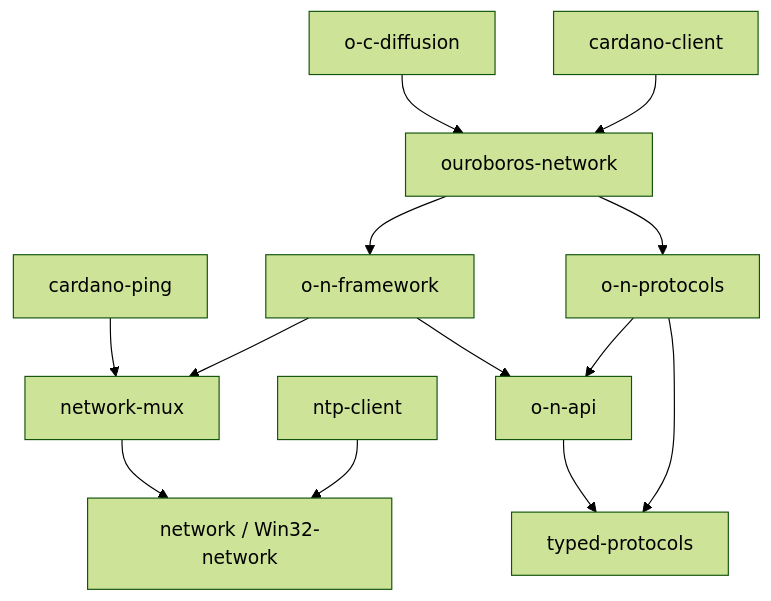
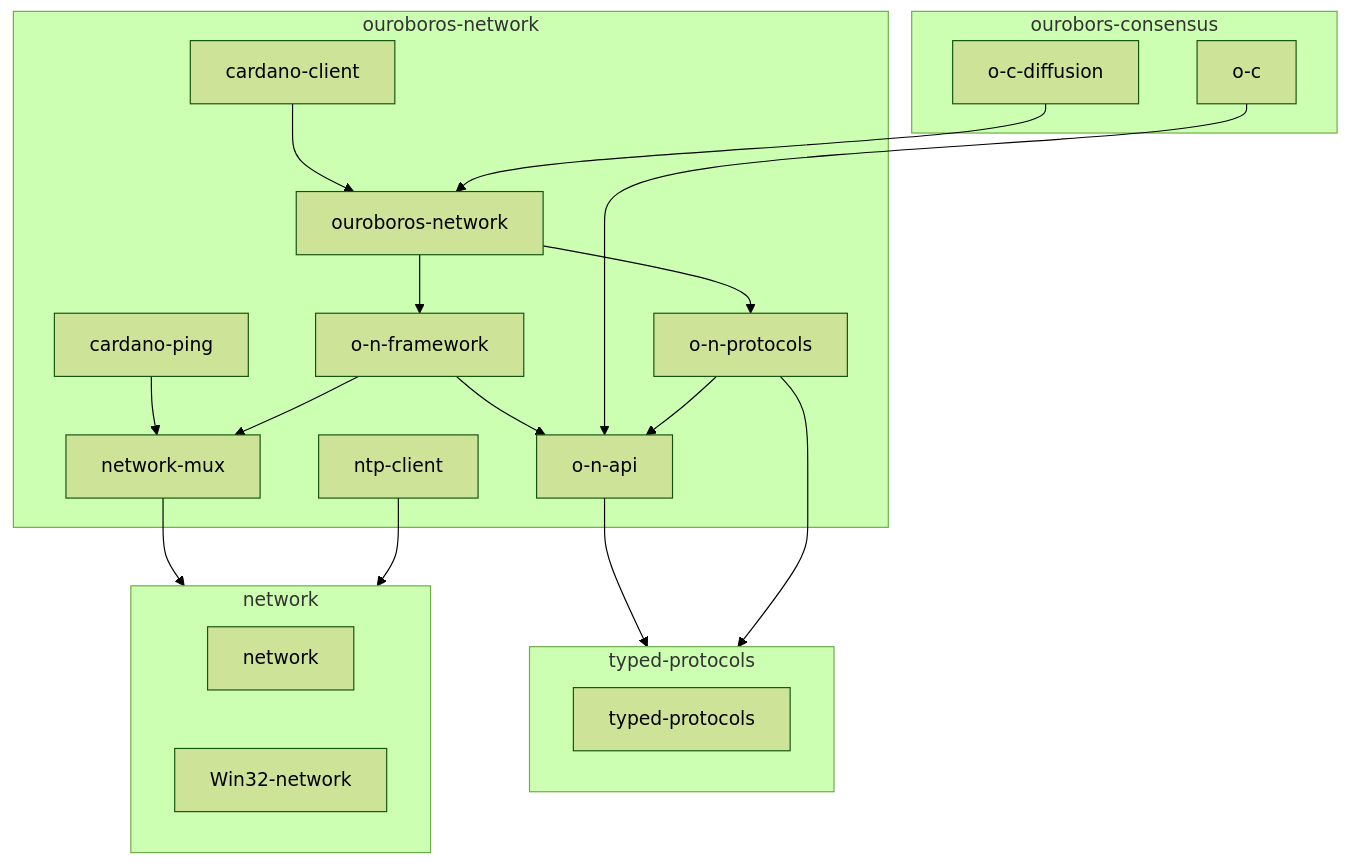
The diagram in README.md (IntersectMBO/ouroboros-network), drawn with Mermaid (forest theme) before and after one commit.

Commit message:
README.md: use subgraphs
co-author: @bolt12

````diff
--- a/README.md
+++ b/README.md
@@ -19,26 +19,51 @@
 ```mermaid
-  flowchart TD
-    A[network-mux]       --> B[network / Win32-network]
-    M[cardano-ping]      --> A
+flowchart TB
+  subgraph ourobors-consensus
+    I[o-c-diffusion]
+    L[o-c]
+    click I "https://github.com/intersectmbo/ouroboros-consensus/" _blank
+    click L "https://github.com/intersectmbo/ouroboros-consensus/" _blank
+  end
+
+  subgraph ouroboros-network
+    M[cardano-ping]      --> A[network-mux]
     D[o-n-framework]     --> A
     D                    --> E[o-n-api]
-    E                    --> H[typed-protocols]
-    G                    --> H[typed-protocols]
-    G                    --> E
     F[ouroboros-network] --> D
     F                    --> G[o-n-protocols]
-    I[o-c-diffusion]     --> F
     J[cardano-client]    --> F
-    K[ntp-client]        --> B
+    I                    --> F
+    L                    --> E
+    G                    --> E
+    K[ntp-client]
 
-   click A "https://ouroboros-network.cardano.intersectmbo.org/network-mux/" _blank
-   click M "https://ouroboros-network.cardano.intersectmbo.org/cardano-ping/" _blank
-   click D "https://ouroboros-network.cardano.intersectmbo.org/ouroboros-network-framework/" _blank
-   click E "https://ouroboros-network.cardano.intersectmbo.org/ouroboros-network-api/" _blank
-   click F "https://ouroboros-network.cardano.intersectmbo.org/ouroboros-network/" _blank
-   click G "https://ouroboros-network.cardano.intersectmbo.org/ouroboros-network-protocols/" _blank
-   click I "https://github.com/intersectmbo/ouroboros-consensus/" _blank
-   click J "https://ouroboros-network.cardano.intersectmbo.org/cardano-client/" _blank
-   click K "https://ouroboros-network.cardano.intersectmbo.org/ntp-client/" _blank
-   click H "https://github.com/input-output-hk/typed-protocols/" _blank
+    click A "https://ouroboros-network.cardano.intersectmbo.org/network-mux/" _blank
+    click M "https://ouroboros-network.cardano.intersectmbo.org/cardano-ping/" _blank
+    click D "https://ouroboros-network.cardano.intersectmbo.org/ouroboros-network-framework/" _blank
+    click E "https://ouroboros-network.cardano.intersectmbo.org/ouroboros-network-api/" _blank
+    click F "https://ouroboros-network.cardano.intersectmbo.org/ouroboros-network/" _blank
+    click G "https://ouroboros-network.cardano.intersectmbo.org/ouroboros-network-protocols/" _blank
+    click J "https://ouroboros-network.cardano.intersectmbo.org/cardano-client/" _blank
+    click K "https://ouroboros-network.cardano.intersectmbo.org/ntp-client/" _blank
+  end
+
+  subgraph network
+    B[network]     
+    N[Win32-network]
+
+    click B "https://hackage.haskell.org/package/network" _blank
+    click N "https://input-output-hk.github.io/typed-protocols" _blank
+  end
+
+  subgraph typed-protocols
+    H[typed-protocols]
+
+    click H "https://github.com/input-output-hk/typed-protocols/" _blank
+  end
+
+  A --> network
+  K --> network
+
+  E --> typed-protocols
+  G --> typed-protocols
 ```
````
